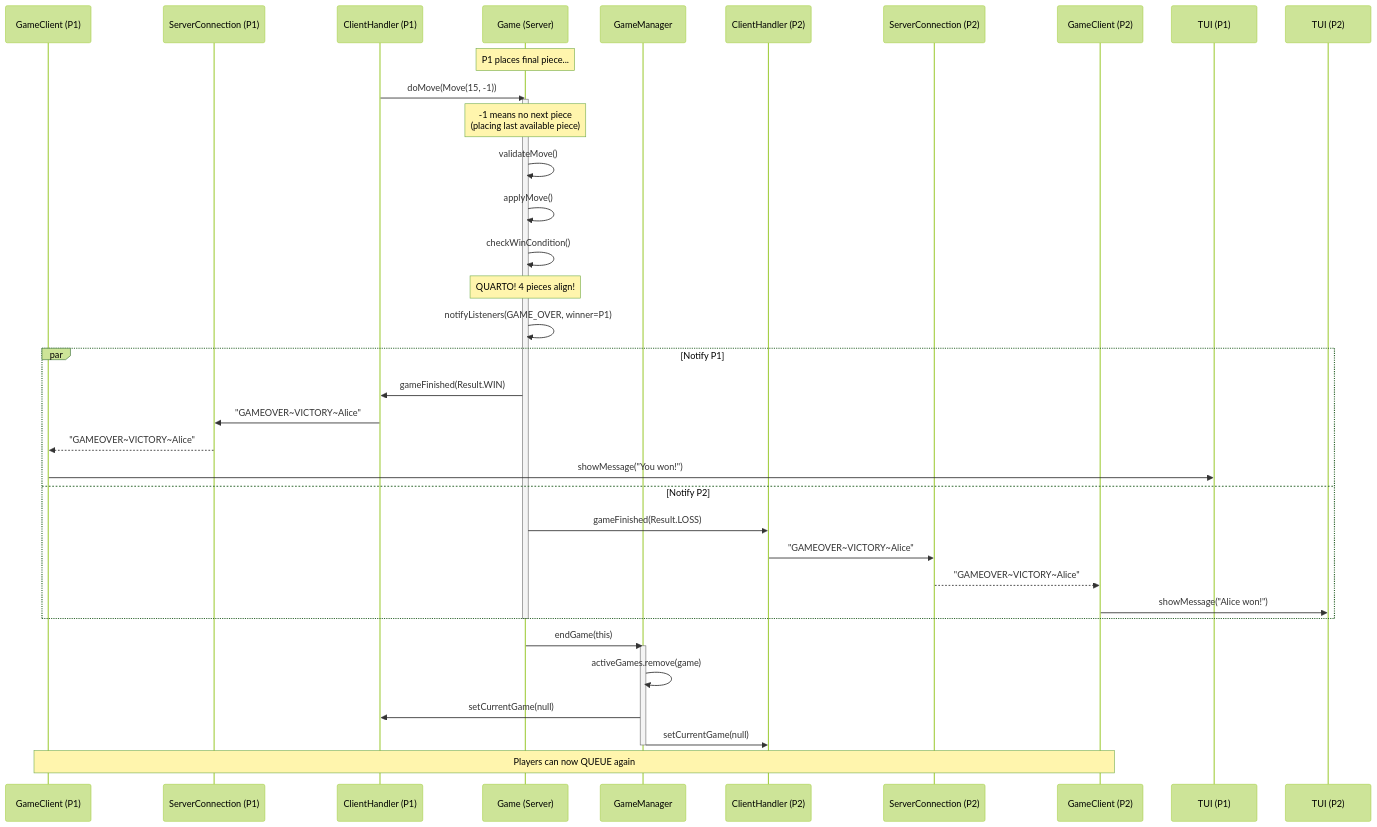
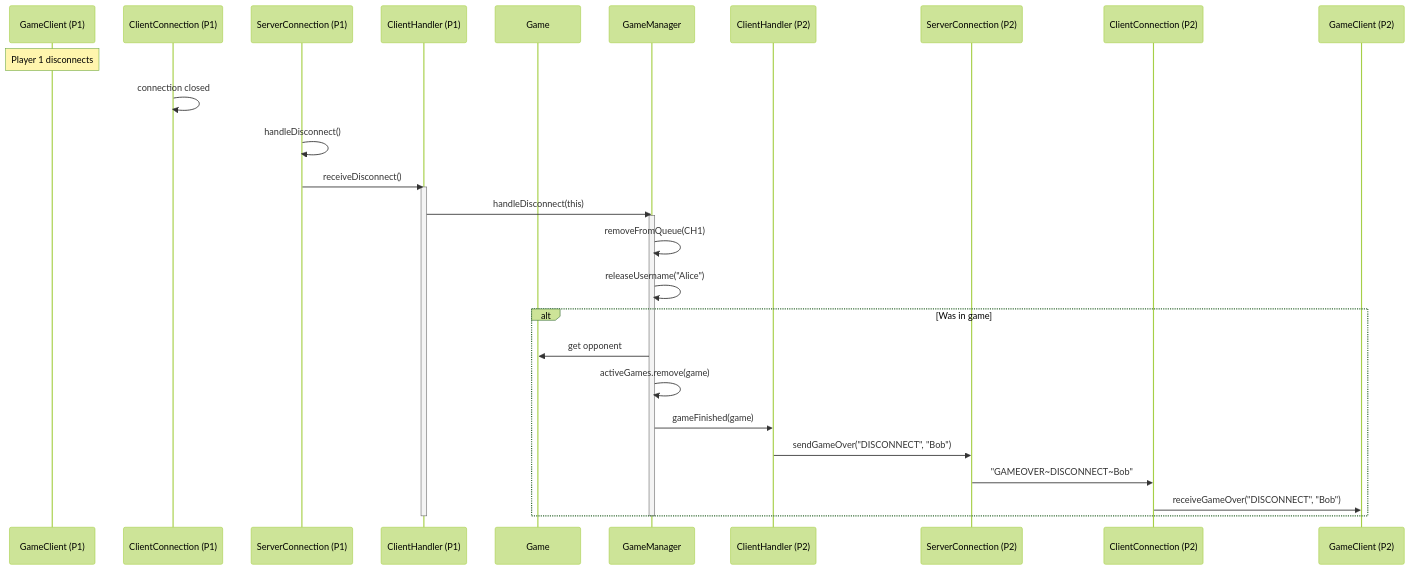
One commit to ramzxy/quarto changed the fifth of 5 diagrams in Diagrams/Sequence Diagram/sequence_diagram.md. Above: the diagram before and after it, drawn with Mermaid (forest theme). The commit also changed other lines of this file and 13 other files, not shown here.

````diff
--- a/Diagrams/Sequence Diagram/sequence_diagram.md
+++ b/Diagrams/Sequence Diagram/sequence_diagram.md
@@ -301,49 +271,38 @@
 ```mermaid
 sequenceDiagram
     participant GC1 as GameClient (P1)
-    participant Conn1 as ServerConnection (P1)
+    participant CC1 as ClientConnection (P1)
+    participant SC1 as ServerConnection (P1)
     participant CH1 as ClientHandler (P1)
-    participant Game as Game (Server)
+    participant Game as Game
     participant GM as GameManager
     participant CH2 as ClientHandler (P2)
-    participant Conn2 as ServerConnection (P2)
+    participant SC2 as ServerConnection (P2)
+    participant CC2 as ClientConnection (P2)
     participant GC2 as GameClient (P2)
-    participant View1 as TUI (P1)
-    participant View2 as TUI (P2)
 
-    Note over Game: P1 places final piece...
+    Note over GC1: Player 1 disconnects
 
-    CH1->>Game: doMove(Move(15, -1))
-    activate Game
-    Note over Game: -1 means no next piece<br/>(placing last available piece)
-    
-    Game->>Game: validateMove()
-    Game->>Game: applyMove()
-    Game->>Game: checkWinCondition()
-    Note over Game: QUARTO! 4 pieces align!
-    
-    Game->>Game: notifyListeners(GAME_OVER, winner=P1)
-    
-    par Notify P1
-        Game->>CH1: gameFinished(Result.WIN)
-        CH1->>Conn1: "GAMEOVER~VICTORY~Alice"
-        Conn1-->>GC1: "GAMEOVER~VICTORY~Alice"
-        GC1->>View1: showMessage("You won!")
-    and Notify P2
-        Game->>CH2: gameFinished(Result.LOSS)
-        CH2->>Conn2: "GAMEOVER~VICTORY~Alice"
-        Conn2-->>GC2: "GAMEOVER~VICTORY~Alice"
-        GC2->>View2: showMessage("Alice won!")
+    CC1->>CC1: connection closed
+    SC1->>SC1: handleDisconnect()
+    SC1->>CH1: receiveDisconnect()
+
+    activate CH1
+    CH1->>GM: handleDisconnect(this)
+    activate GM
+
+    GM->>GM: removeFromQueue(CH1)
+    GM->>GM: releaseUsername("Alice")
+
+    alt Was in game
+        GM->>Game: get opponent
+        GM->>GM: activeGames.remove(game)
+        GM->>CH2: gameFinished(game)
+        CH2->>SC2: sendGameOver("DISCONNECT", "Bob")
+        SC2->>CC2: "GAMEOVER~DISCONNECT~Bob"
+        CC2->>GC2: receiveGameOver("DISCONNECT", "Bob")
     end
-    
-    deactivate Game
-    
-    Game->>GM: endGame(this)
-    activate GM
-    GM->>GM: activeGames.remove(game)
-    GM->>CH1: setCurrentGame(null)
-    GM->>CH2: setCurrentGame(null)
+
     deactivate GM
-    
-    Note over GC1,GC2: Players can now QUEUE again
+    deactivate CH1
 ```
````
